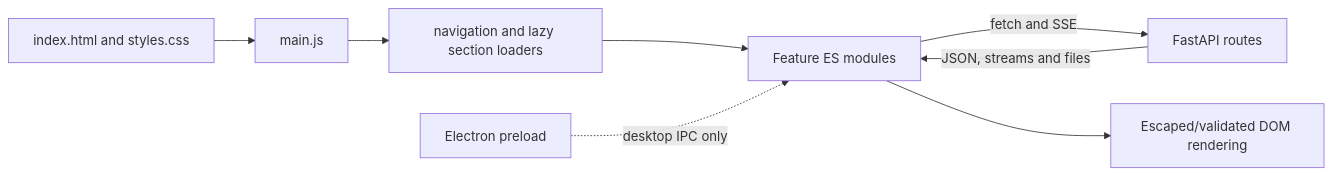
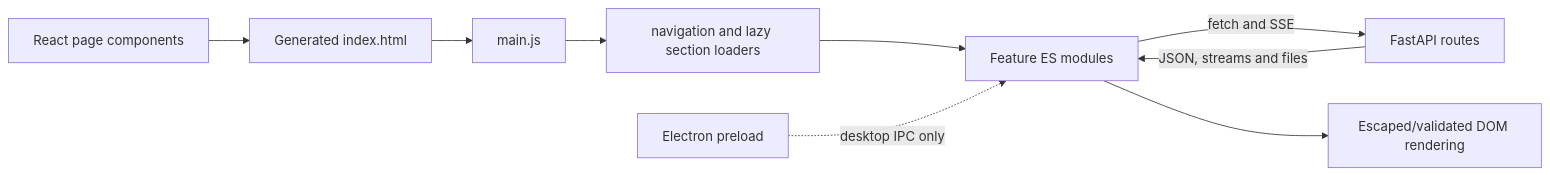
One commit to KaiusJin/WeCanFindIntern changed the diagram in docs/modules/frontend.md. Above: the diagram before and after it, drawn with Mermaid. The commit also changed other lines of this file and 147 other files, not shown here.

````diff
--- a/docs/modules/frontend.md
+++ b/docs/modules/frontend.md
@@ -11,10 +11,11 @@
 ```mermaid
 flowchart LR
-    H[index.html and styles.css] --> M[main.js]
+    T[React page components] --> H[Generated index.html]
+    H --> M[main.js]
     M --> N[navigation and lazy section loaders]
     N --> F[Feature ES modules]
     F -->|fetch and SSE| A[FastAPI routes]
     A -->|JSON, streams and files| F
     F --> R[Escaped/validated DOM rendering]
     E[Electron preload] -. desktop IPC only .-> F
 ```
````
